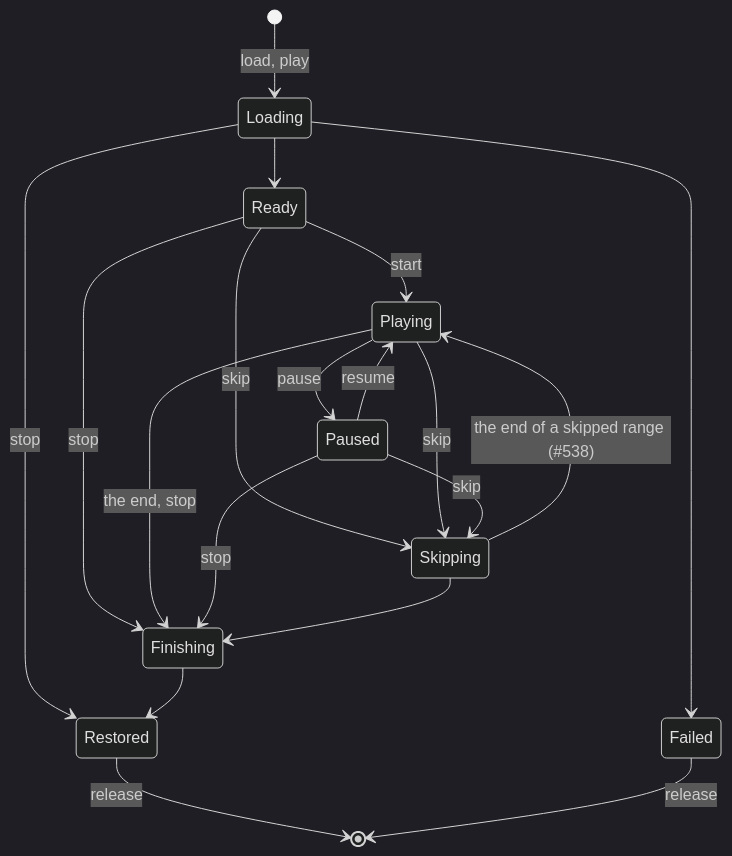
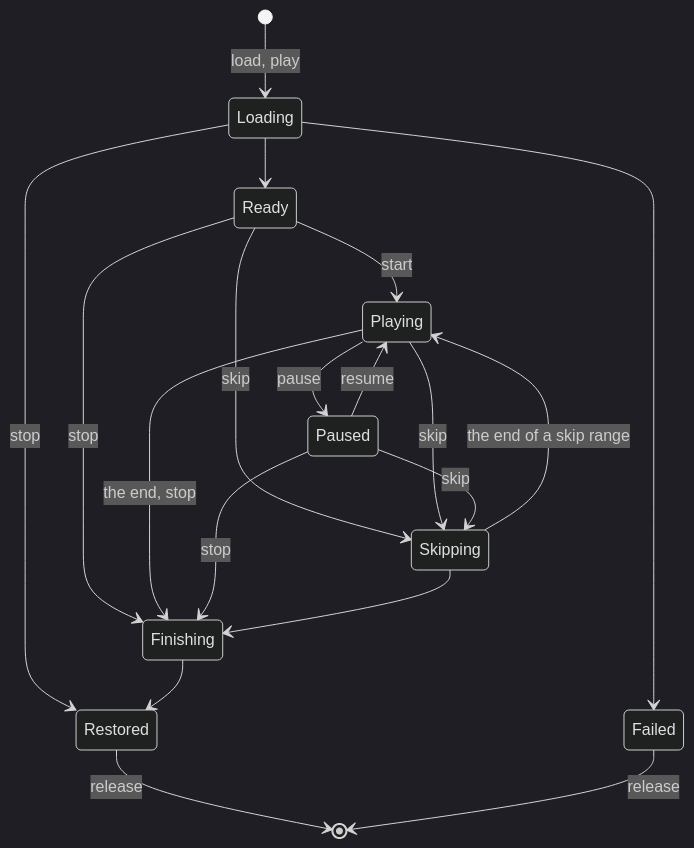
One commit to aszecsei/cinnabar changed the diagram in docs/cinematics/player.md. Above: the diagram before and after it, drawn with Mermaid (dark theme). The commit also changed other lines of this file and 21 other files, not shown here.

First line of the commit message:
cutscene: skipping, with a skip policy for each cutscene, a Skipping state that fades out, jumps once and fades in, the events that fire when skipped, and a skip action held from a press

````diff
--- a/docs/cinematics/player.md
+++ b/docs/cinematics/player.md
@@ -11,21 +11,21 @@
 ```mermaid
 stateDiagram-v2
     [*] --> Loading: load, play
     Loading --> Ready
     Loading --> Failed
     Loading --> Restored: stop
     Ready --> Playing: start
     Ready --> Skipping: skip
     Ready --> Finishing: stop
     Playing --> Paused: pause
     Paused --> Playing: resume
     Playing --> Skipping: skip
     Paused --> Skipping: skip
-    Skipping --> Playing: the end of a skipped range (#538)
+    Skipping --> Playing: the end of a skip range
     Playing --> Finishing: the end, stop
     Paused --> Finishing: stop
     Skipping --> Finishing
     Finishing --> Restored
     Restored --> [*]: release
     Failed --> [*]: release
 ```
````
